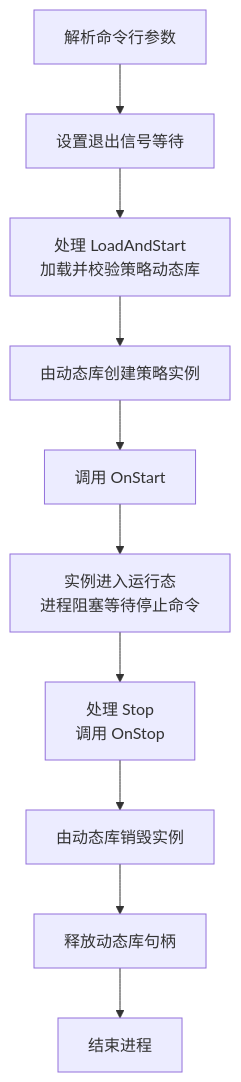
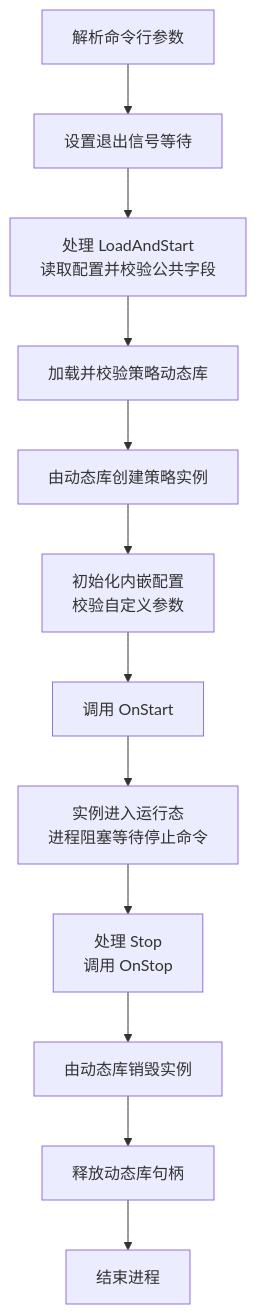
The diagram in docs/design/strategyd.md (yizhenfei/yquant), drawn with Mermaid before and after one commit. The commit also changed other lines of this file and 25 other files, not shown here.

````diff
--- a/docs/design/strategyd.md
+++ b/docs/design/strategyd.md
@@ -101,23 +109,27 @@
 ```mermaid
 flowchart TD
     CLI["解析命令行参数"]
     SIGNALS["设置退出信号等待"]
-    LOAD["处理 LoadAndStart<br/>加载并校验策略动态库"]
+    CONFIG["处理 LoadAndStart<br/>读取配置并校验公共字段"]
+    LOAD["加载并校验策略动态库"]
     CREATE["由动态库创建策略实例"]
+    INITIALIZE["初始化内嵌配置<br/>校验自定义参数"]
     START["调用 OnStart"]
     RUNNING["实例进入运行态<br/>进程阻塞等待停止命令"]
     STOP["处理 Stop<br/>调用 OnStop"]
     DESTROY["由动态库销毁实例"]
     CLOSE["释放动态库句柄"]
     EXIT["结束进程"]
 
     CLI --> SIGNALS
-    SIGNALS --> LOAD
+    SIGNALS --> CONFIG
+    CONFIG --> LOAD
     LOAD --> CREATE
-    CREATE --> START
+    CREATE --> INITIALIZE
+    INITIALIZE --> START
     START --> RUNNING
     RUNNING --> STOP
     STOP --> DESTROY
     DESTROY --> CLOSE
     CLOSE --> EXIT
 ```
````
